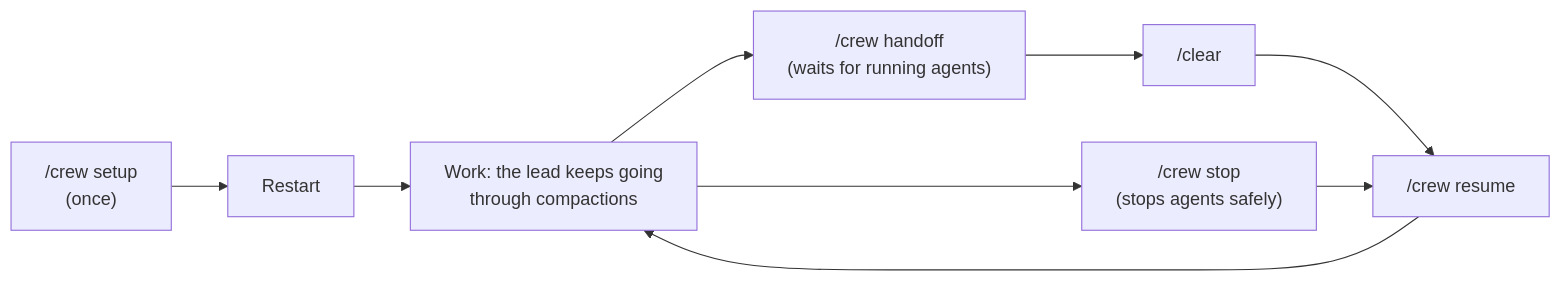
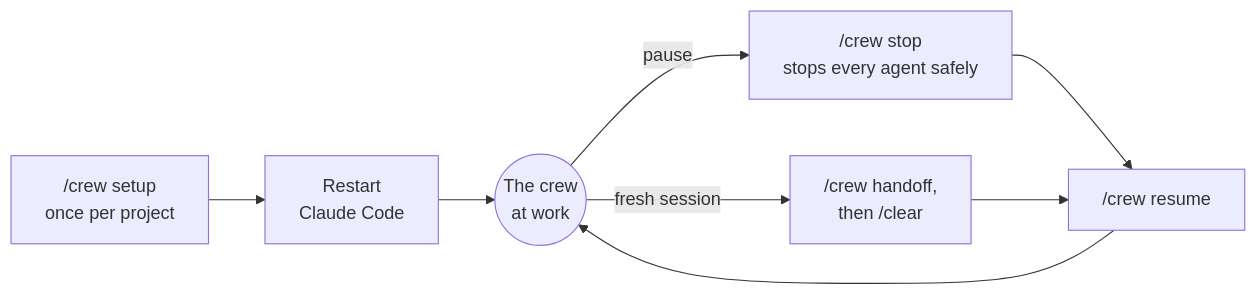
Before and after one commit to claudio-silva/ai-toolbox: the third of 3 diagrams in skills/claude-code/crew/README.md, drawn with Mermaid. The commit also changed other lines of this file and 2 other files, not shown here.

First line of the commit message:
crew: a README for users, the skill's internals in DEVELOPING.md

````diff
--- a/skills/claude-code/crew/README.md
+++ b/skills/claude-code/crew/README.md
@@ -87,6 +137,7 @@
 ```mermaid
 flowchart LR
-  S["/crew setup<br/>(once)"] --> R["Restart"] --> W["Work: the lead keeps going<br/>through compactions"]
-  W --> H["/crew handoff<br/>(waits for running agents)"] --> C["/clear"] --> U["/crew resume"] --> W
-  W --> P["/crew stop<br/>(stops agents safely)"] --> U
+  setup["/crew setup<br/>once per project"] --> restart["Restart<br/>Claude Code"] --> work(("The crew<br/>at work"))
+  work -- "pause" --> stop["/crew stop<br/>stops every agent safely"] --> resume["/crew resume"]
+  work -- "fresh session" --> handoff["/crew handoff,<br/>then /clear"] --> resume
+  resume --> work
 ```
````
